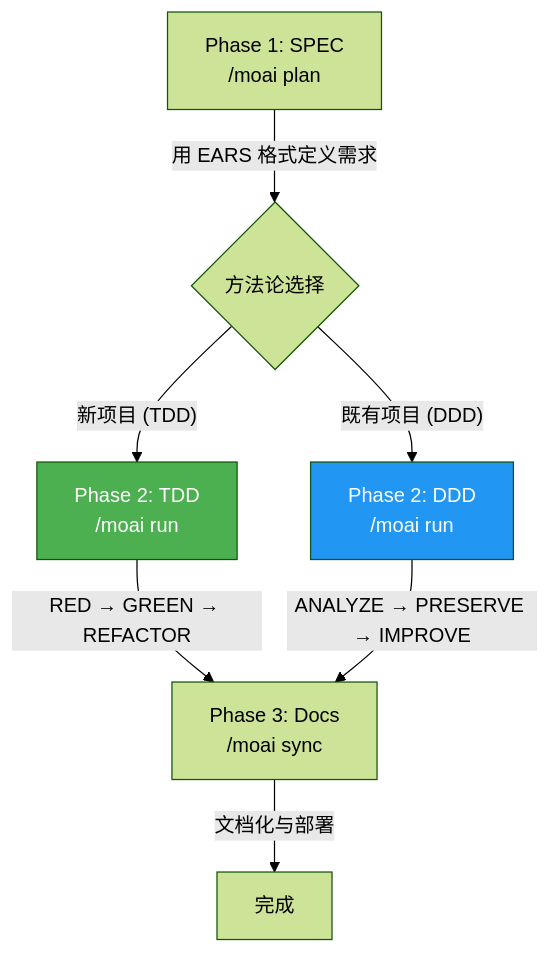
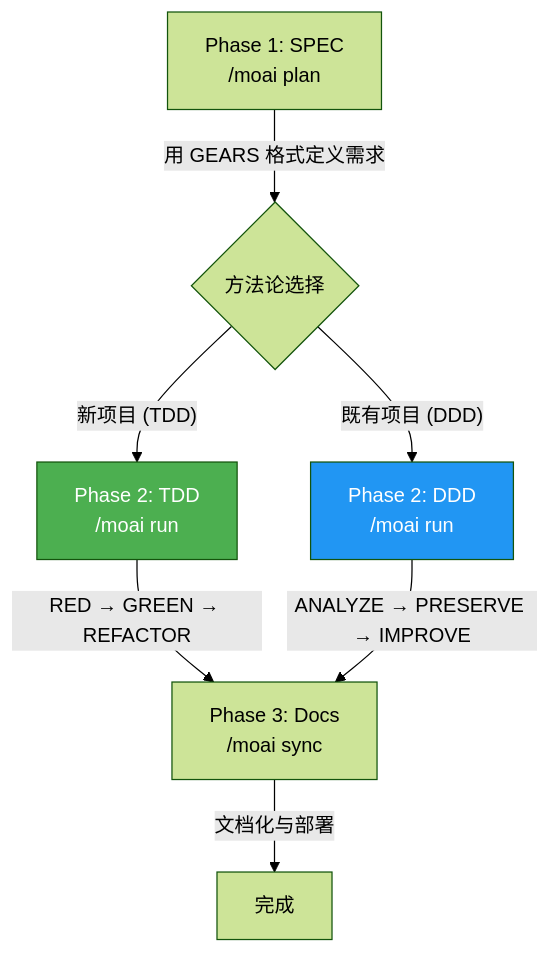
The second of 2 diagrams in docs-site/content/zh/getting-started/introduction.md (modu-ai/moai-adk), drawn with Mermaid (forest theme) before and after one commit. The commit also changed other lines of this file and 15 other files, not shown here.

````diff
--- a/docs-site/content/zh/getting-started/introduction.md
+++ b/docs-site/content/zh/getting-started/introduction.md
@@ -213,12 +213,12 @@
 ```mermaid
 flowchart TD
-    A["Phase 1: SPEC<br/>/moai plan"] -->|"用 EARS 格式定义需求"| B{"方法论选择"}
+    A["Phase 1: SPEC<br/>/moai plan"] -->|"用 GEARS 格式定义需求"| B{"方法论选择"}
     B -->|"新项目 (TDD)"| C["Phase 2: TDD<br/>/moai run"]
     B -->|"既有项目 (DDD)"| D["Phase 2: DDD<br/>/moai run"]
     C -->|"RED → GREEN → REFACTOR"| E["Phase 3: Docs<br/>/moai sync"]
     D -->|"ANALYZE → PRESERVE → IMPROVE"| E
     E -->|"文档化与部署"| F["完成"]
 
     style C fill:#4CAF50,color:#fff
     style D fill:#2196F3,color:#fff
 ```
````
